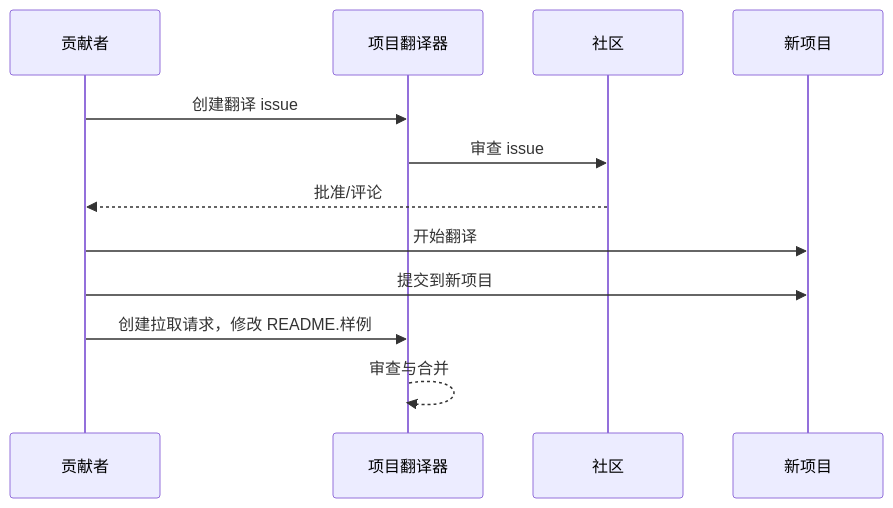
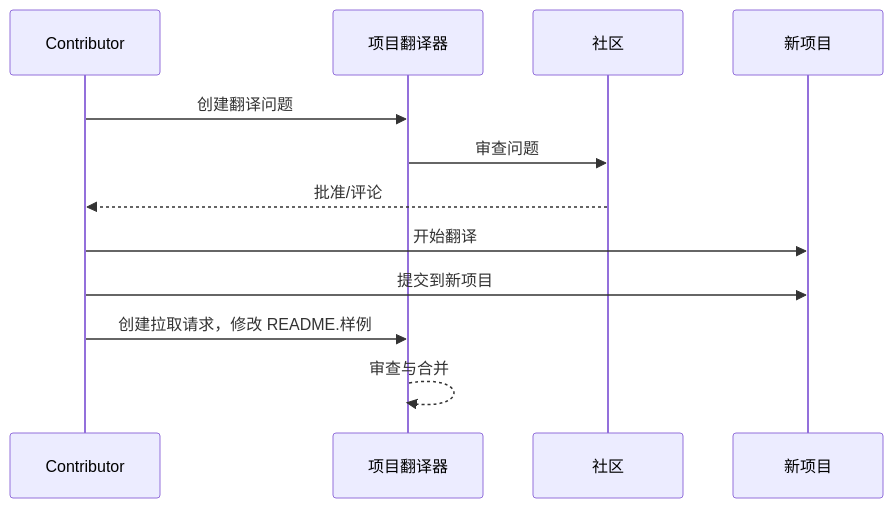
Before and after one commit to Project-Translation/project_translator: the diagram in readmes/README.zh-cn.md, drawn with Mermaid. The commit also changed other lines of this file and 36 other files, not shown here.

````diff
--- a/readmes/README.zh-cn.md
+++ b/readmes/README.zh-cn.md
@@ -42,10 +42,10 @@
 ```mermaid
 sequenceDiagram
-  贡献者->>项目翻译器: 创建翻译 issue
-  项目翻译器->>社区: 审查 issue
-  社区-->>贡献者: 批准/评论
-  贡献者->>新项目: 开始翻译
-  贡献者->>新项目: 提交到新项目
-  贡献者->>项目翻译器: 创建拉取请求，修改 README.样例
+  Contributor->>项目翻译器: 创建翻译问题
+  项目翻译器->>社区: 审查问题
+  社区-->>Contributor: 批准/评论
+  Contributor->>新项目: 开始翻译
+  Contributor->>新项目: 提交到新项目
+  Contributor->>项目翻译器: 创建拉取请求，修改 README.样例
   项目翻译器-->>项目翻译器: 审查与合并
 ```
````
